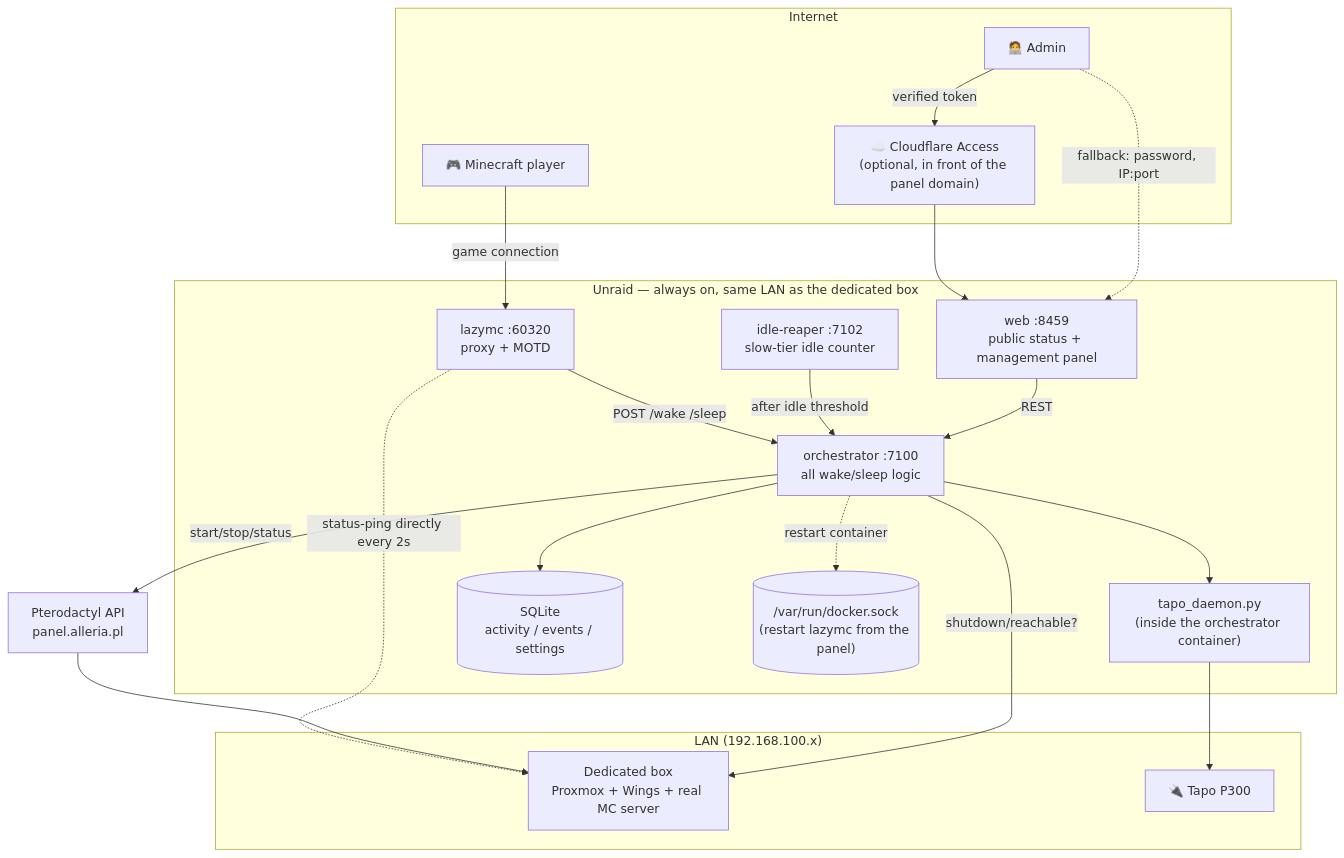
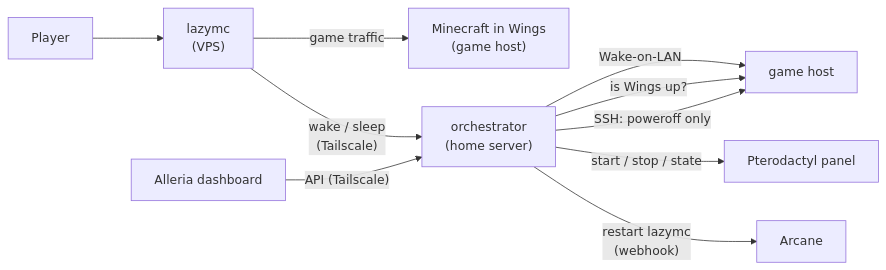
The diagram in README.md (mrfroncu/mcwake), drawn with Mermaid before and after one commit. The commit also changed other lines of this file and 82 other files, not shown here.

````diff
--- a/README.md
+++ b/README.md
@@ -73,41 +32,12 @@
 ```mermaid
-flowchart TB
-    subgraph internet["Internet"]
-        player["🎮 Minecraft player"]
-        admin["🧑‍💻 Admin"]
-        cfaccess["☁️ Cloudflare Access\n(optional, in front of the panel domain)"]
-    end
-
-    subgraph unraid["Unraid — always on, same LAN as the dedicated box"]
-        lazymc["lazymc :60320\nproxy + MOTD"]
-        orchestrator["orchestrator :7100\nall wake/sleep logic"]
-        tapod["tapo_daemon.py\n(inside the orchestrator container)"]
-        reaper["idle-reaper :7102\nslow-tier idle counter"]
-        web["web :8459\npublic status + management panel"]
-        sqlite[("SQLite\nactivity / events / settings")]
-        sock[("/var/run/docker.sock\n(restart lazymc from the panel)")]
-    end
-
-    subgraph lan["LAN (192.168.100.x)"]
-        dedyk["Dedicated box\nProxmox + Wings + real MC server"]
-        tapodev["🔌 Tapo P300"]
-    end
-
-    pterodactyl["Pterodactyl API\npanel.alleria.pl"]
-
-    player -->|"game connection"| lazymc
-    admin -->|"verified token"| cfaccess --> web
-    admin -.->|"fallback: password, IP:port"| web
-
-    lazymc -->|"POST /wake /sleep"| orchestrator
-    lazymc -.->|"status-ping directly every 2s"| dedyk
-
-    orchestrator --> tapod --> tapodev
-    orchestrator -->|"start/stop/status"| pterodactyl --> dedyk
-    orchestrator -->|"shutdown/reachable?"| dedyk
-    orchestrator --> sqlite
-    orchestrator -.->|"restart container"| sock
-
-    reaper -->|"after idle threshold"| orchestrator
-    web -->|"REST"| orchestrator
+flowchart LR
+    player["Player"] --> lazymc["lazymc\n(VPS)"]
+    lazymc -->|"game traffic"| mc["Minecraft in Wings\n(game host)"]
+    lazymc -->|"wake / sleep\n(Tailscale)"| orch["orchestrator\n(home server)"]
+    dash["Alleria dashboard"] -->|"API (Tailscale)"| orch
+    orch -->|"Wake-on-LAN"| host["game host"]
+    orch -->|"is Wings up?"| host
+    orch -->|"SSH: poweroff only"| host
+    orch -->|"start / stop / state"| ptero["Pterodactyl panel"]
+    orch -->|"restart lazymc\n(webhook)"| arcane["Arcane"]
 ```
````
